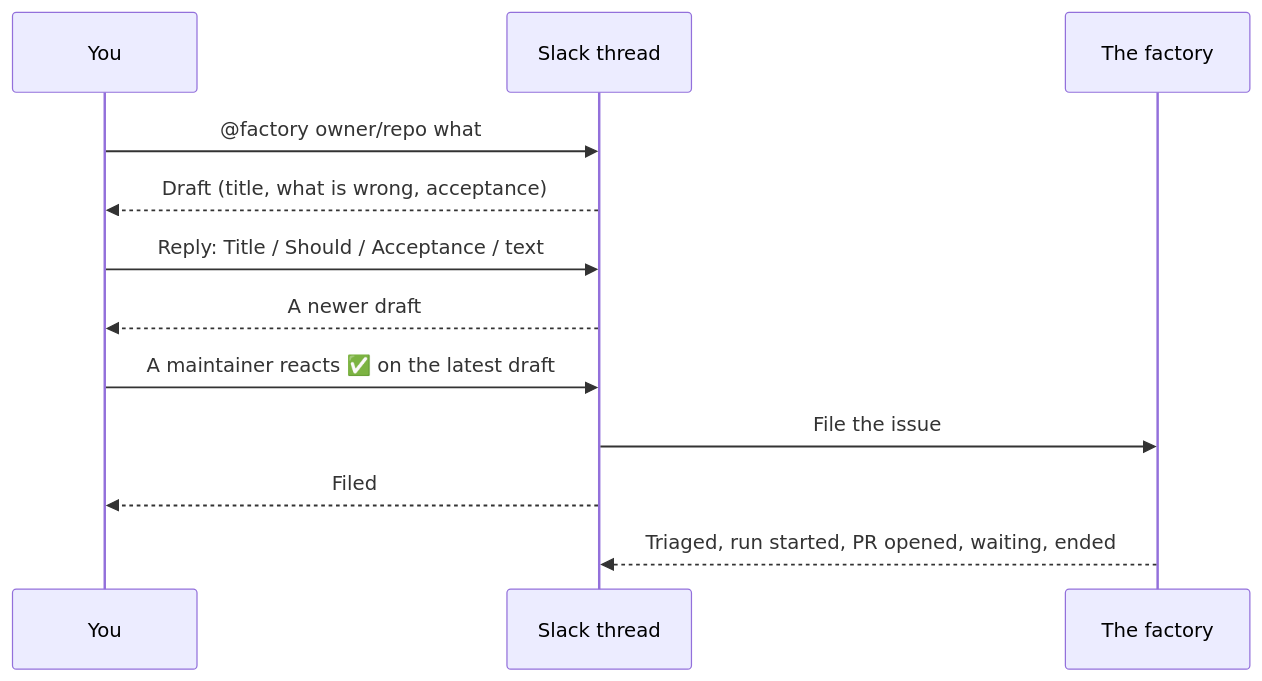
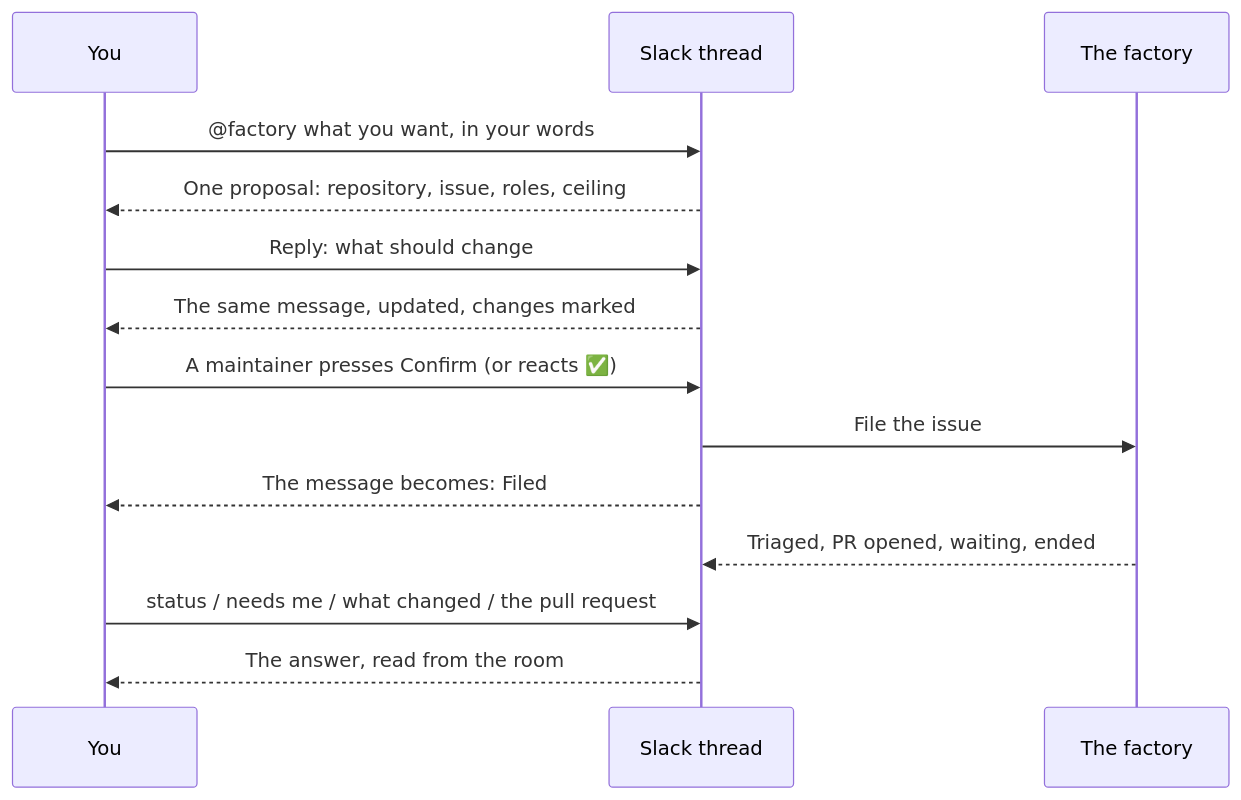
One commit to Smana/ai-native-ref changed the diagram in website/content/docs/use/slack.md. Above: the diagram before and after it, drawn with Mermaid. The commit also changed other lines of this file and 1 other file, not shown here.

First line of the commit message:
feat(slack): the proposal message on, one channel (#312)

````diff
--- a/website/content/docs/use/slack.md
+++ b/website/content/docs/use/slack.md
@@ -26,14 +28,16 @@
 ```mermaid
 sequenceDiagram
   participant U as You
   participant S as Slack thread
   participant F as The factory
-  U->>S: @factory owner/repo what
-  S-->>U: Draft (title, what is wrong, acceptance)
-  U->>S: Reply: Title / Should / Acceptance / text
-  S-->>U: A newer draft
-  U->>S: A maintainer reacts ✅ on the latest draft
+  U->>S: @factory what you want, in your words
+  S-->>U: One proposal: repository, issue, roles, ceiling
+  U->>S: Reply: what should change
+  S-->>U: The same message, updated, changes marked
+  U->>S: A maintainer presses Confirm (or reacts ✅)
   S->>F: File the issue
-  S-->>U: Filed #N, room link
-  F-->>S: Triaged, run started, PR opened, waiting, ended
+  S-->>U: The message becomes: Filed #N, room link
+  F-->>S: Triaged, PR opened, waiting, ended
+  U->>S: status / needs me / what changed / the pull request
+  S-->>U: The answer, read from the room
 ```
````
